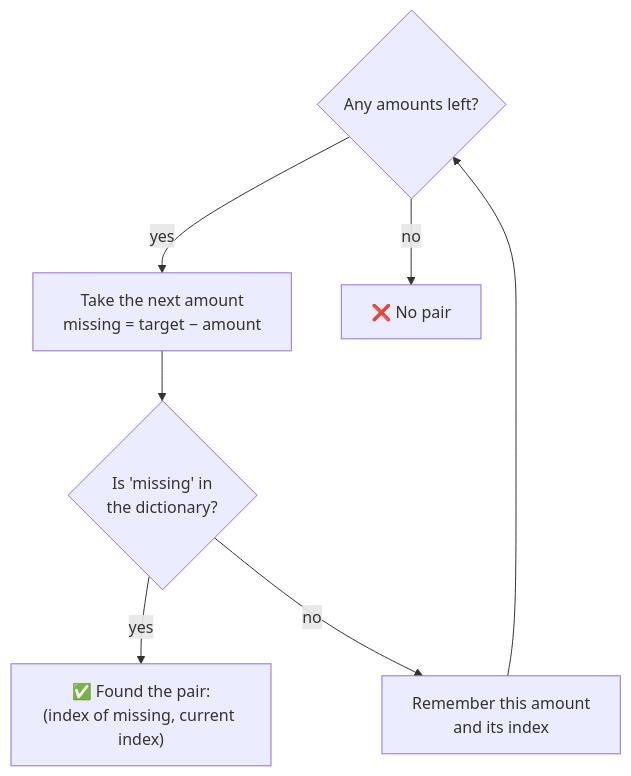
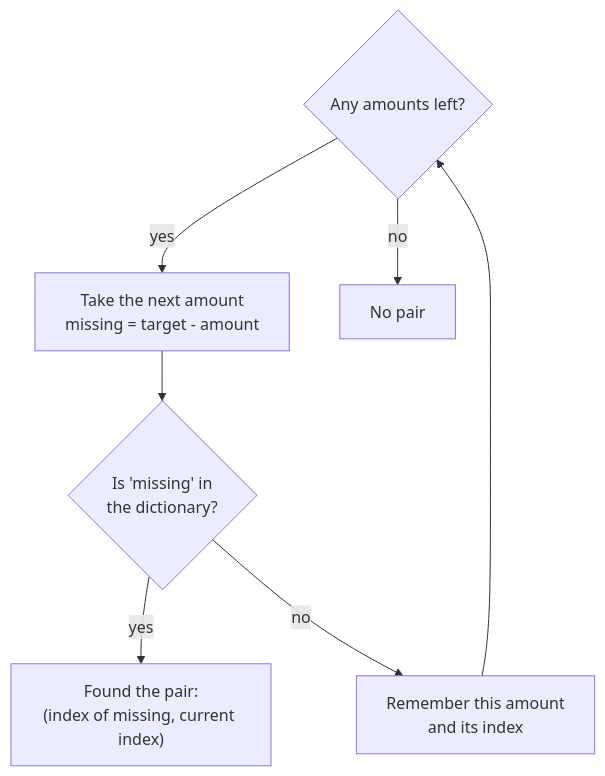
Before and after one commit to callasalvatore/csharp-algorithms: the third of 11 diagrams in lessons/01-two-sum/README.md, drawn with Mermaid. The commit also changed other lines of this file and 4 other files, not shown here.

````diff
--- a/lessons/01-two-sum/README.md
+++ b/lessons/01-two-sum/README.md
@@ -136,9 +114,9 @@
 ```mermaid
 flowchart TB
-    S{"Any amounts left?"} -->|yes| M["Take the next amount<br/>missing = target − amount"]
-    S -->|no| N["❌ No pair"]
+    S{"Any amounts left?"} -->|yes| M["Take the next amount<br/>missing = target - amount"]
+    S -->|no| N["No pair"]
     M --> Q{"Is 'missing' in<br/>the dictionary?"}
-    Q -->|yes| F["✅ Found the pair:<br/>(index of missing, current index)"]
+    Q -->|yes| F["Found the pair:<br/>(index of missing, current index)"]
     Q -->|no| R["Remember this amount<br/>and its index"]
     R --> S
 ```
````
